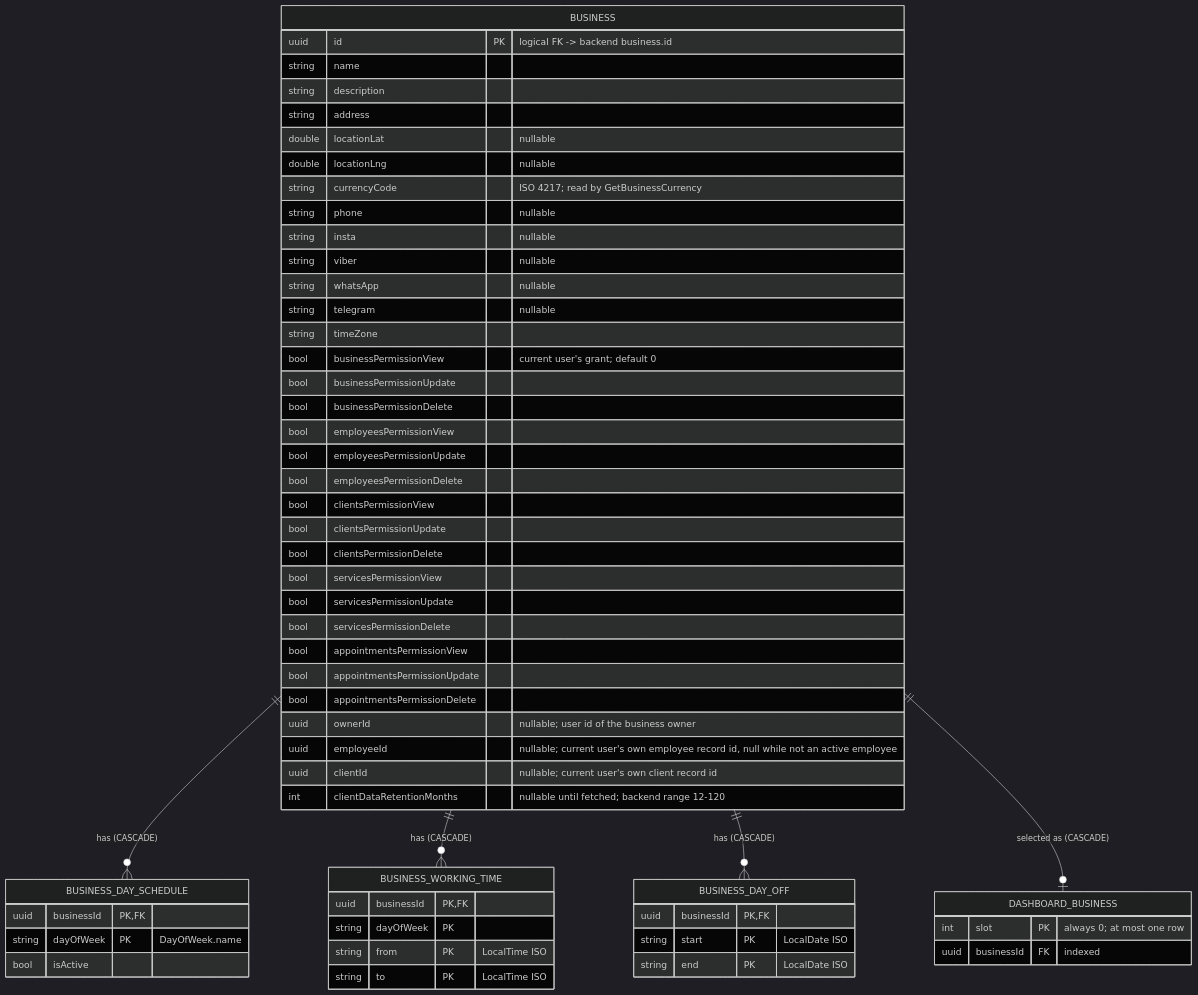
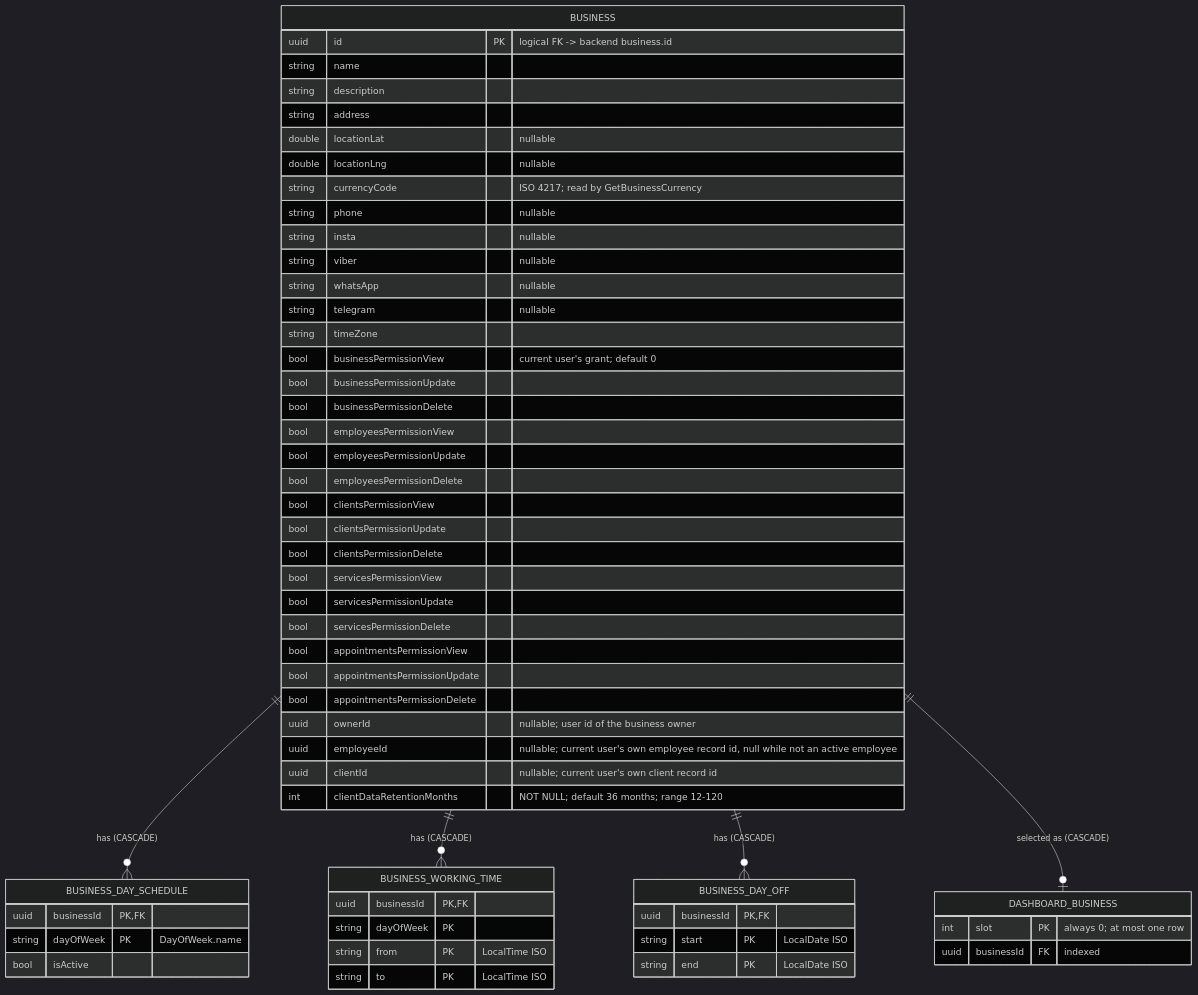
One commit to nocturneproperties/bookkme-client changed the diagram in docs/database/business.md. Above: the diagram before and after it, drawn with Mermaid (dark theme). The commit also changed other lines of this file and 30 other files, not shown here.

Commit message:
[ISSUE-119] add ability to change data retention term

````diff
--- a/docs/database/business.md
+++ b/docs/database/business.md
@@ -14,66 +14,66 @@
 ```mermaid
 erDiagram
     BUSINESS ||--o{ BUSINESS_DAY_SCHEDULE : "has (CASCADE)"
     BUSINESS ||--o{ BUSINESS_WORKING_TIME : "has (CASCADE)"
     BUSINESS ||--o{ BUSINESS_DAY_OFF : "has (CASCADE)"
     BUSINESS ||--o| DASHBOARD_BUSINESS : "selected as (CASCADE)"
 
     BUSINESS {
         uuid id PK "logical FK -> backend business.id"
         string name
         string description
         string address
         double locationLat "nullable"
         double locationLng "nullable"
         string currencyCode "ISO 4217; read by GetBusinessCurrency"
         string phone "nullable"
         string insta "nullable"
         string viber "nullable"
         string whatsApp "nullable"
         string telegram "nullable"
         string timeZone
         bool businessPermissionView "current user's grant; default 0"
         bool businessPermissionUpdate
         bool businessPermissionDelete
         bool employeesPermissionView
         bool employeesPermissionUpdate
         bool employeesPermissionDelete
         bool clientsPermissionView
         bool clientsPermissionUpdate
         bool clientsPermissionDelete
         bool servicesPermissionView
         bool servicesPermissionUpdate
         bool servicesPermissionDelete
         bool appointmentsPermissionView
         bool appointmentsPermissionUpdate
         bool appointmentsPermissionDelete
         uuid ownerId "nullable; user id of the business owner"
         uuid employeeId "nullable; current user's own employee record id, null while not an active employee"
         uuid clientId "nullable; current user's own client record id"
-        int clientDataRetentionMonths "nullable until fetched; backend range 12-120"
+        int clientDataRetentionMonths "NOT NULL; default 36 months; range 12-120"
     }
 
     BUSINESS_DAY_SCHEDULE {
         uuid businessId PK,FK
         string dayOfWeek PK "DayOfWeek.name"
         bool isActive
     }
 
     BUSINESS_WORKING_TIME {
         uuid businessId PK,FK
         string dayOfWeek PK
         string from PK "LocalTime ISO"
         string to PK "LocalTime ISO"
     }
 
     BUSINESS_DAY_OFF {
         uuid businessId PK,FK
         string start PK "LocalDate ISO"
         string end PK "LocalDate ISO"
     }
 
     DASHBOARD_BUSINESS {
         int slot PK "always 0; at most one row"
         uuid businessId FK "indexed"
     }
 ```
````
